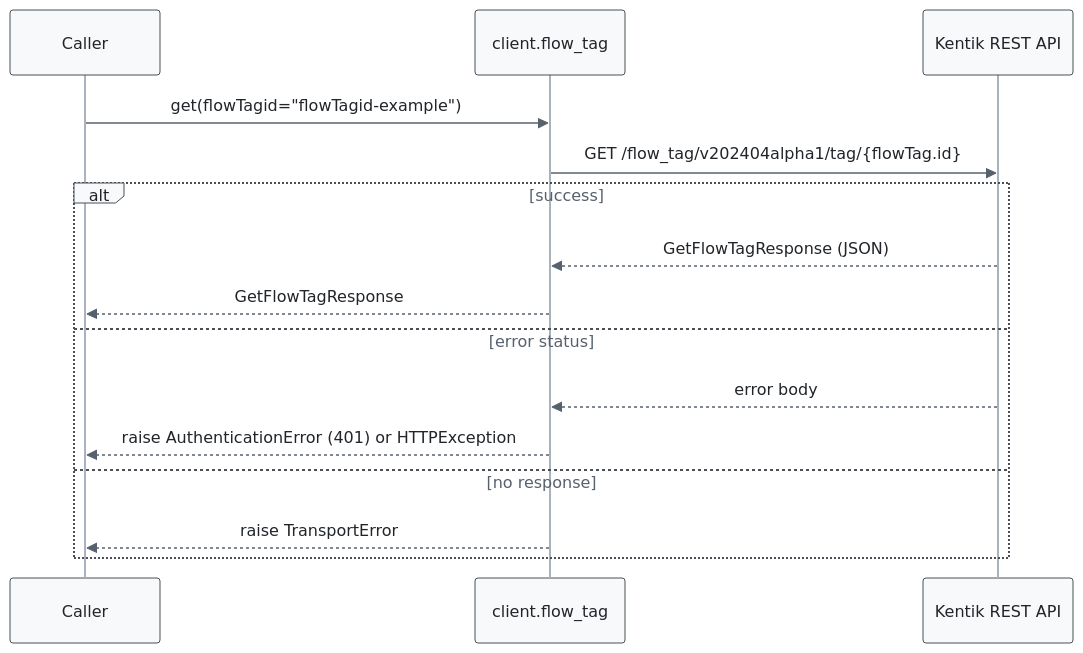
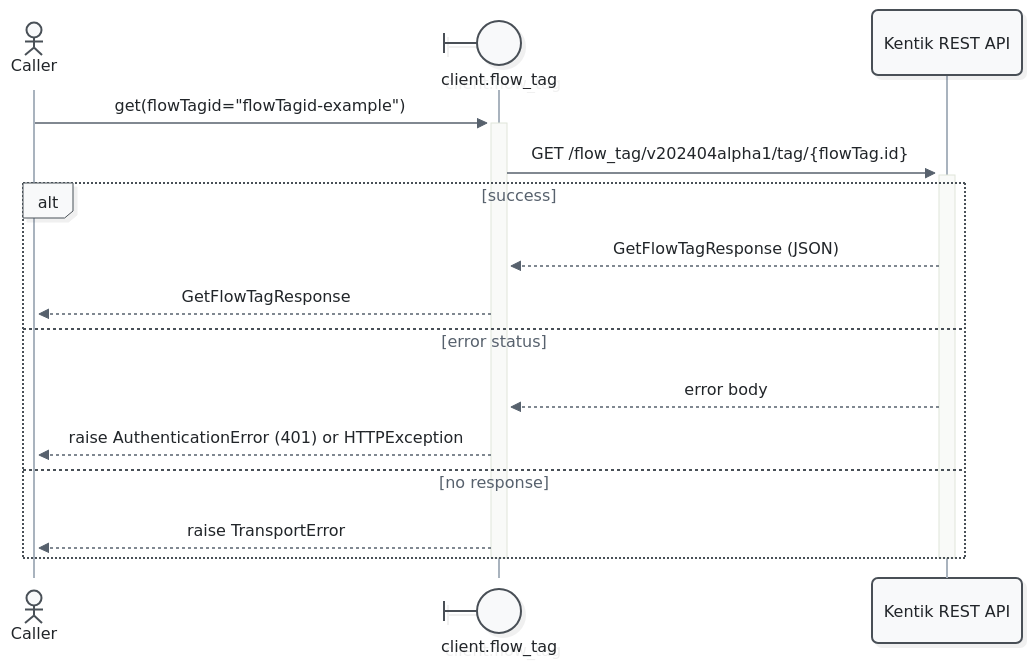
One commit to alexdearaujo/community_sdk_python changed the fifth of 11 diagrams in docs/sphinx/services/flow_tag.md. Above: the diagram before and after it, drawn with Mermaid. The commit also changed other lines of this file and 52 other files, not shown here.

First line of the commit message:
docs: Mermaid 12 sequence diagrams with participant types and path colors

````diff
--- a/docs/sphinx/services/flow_tag.md
+++ b/docs/sphinx/services/flow_tag.md
@@ -192,19 +202,21 @@
 ```mermaid
-%%{init: {"theme": "base", "fontFamily": "ui-monospace, SFMono-Regular, Menlo, monospace", "themeVariables": {"fontFamily": "ui-monospace, SFMono-Regular, Menlo, monospace", "primaryColor": "#f8f9fa", "primaryBorderColor": "#495057", "primaryTextColor": "#212529", "textColor": "#212529", "lineColor": "#77818c", "edgeLabelBackground": "#ffffff", "actorBkg": "#f8f9fa", "actorBorder": "#495057", "actorTextColor": "#212529", "actorLineColor": "#a9b3be", "signalColor": "#57616d", "signalTextColor": "#212529", "labelBoxBkgColor": "#f8f9fa", "labelBoxBorderColor": "#495057", "labelTextColor": "#212529", "loopTextColor": "#57616d", "noteBkgColor": "#fff9db", "noteBorderColor": "#f08c00", "noteTextColor": "#a35a00"}, "flowchart": {"curve": "step", "nodeSpacing": 30, "rankSpacing": 70, "wrappingWidth": 400}}}%%
+%%{init: {"theme": "redux", "look": "neo", "layout": "dagre", "fontFamily": "ui-monospace, SFMono-Regular, Menlo, monospace", "themeVariables": {"fontFamily": "ui-monospace, SFMono-Regular, Menlo, monospace", "primaryColor": "#f8f9fa", "primaryBorderColor": "#495057", "primaryTextColor": "#212529", "textColor": "#212529", "lineColor": "#77818c", "edgeLabelBackground": "#ffffff", "actorBkg": "#f8f9fa", "actorBorder": "#495057", "actorTextColor": "#212529", "actorLineColor": "#a9b3be", "signalColor": "#57616d", "signalTextColor": "#212529", "labelBoxBkgColor": "#f8f9fa", "labelBoxBorderColor": "#495057", "labelTextColor": "#212529", "loopTextColor": "#57616d", "noteBkgColor": "#fff9db", "noteBorderColor": "#f08c00", "noteTextColor": "#a35a00"}, "sequence": {"activationWidth": 16}, "flowchart": {"curve": "step", "nodeSpacing": 30, "rankSpacing": 70, "wrappingWidth": 400}}}%%
 sequenceDiagram
-    participant C as Caller
-    participant W as client.flow_tag
+    actor C as Caller
+    participant W@{ "type": "boundary" } as client.flow_tag
     participant API as Kentik REST API
 
-    C->>W: get(flowTagid="flowTagid-example")
-    W->>API: GET /flow_tag/v202404alpha1/tag/{flowTag.id}
+    C->>+W: get(flowTagid="flowTagid-example")
+    W->>+API: GET /flow_tag/v202404alpha1/tag/{flowTag.id}
     alt success
         API-->>W: GetFlowTagResponse (JSON)
         W-->>C: GetFlowTagResponse
     else error status
         API-->>W: error body
         W-->>C: raise AuthenticationError (401) or HTTPException
     else no response
         W-->>C: raise TransportError
     end
+    deactivate API
+    deactivate W
 ```
````
